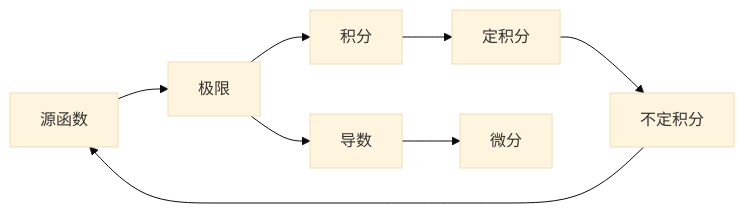
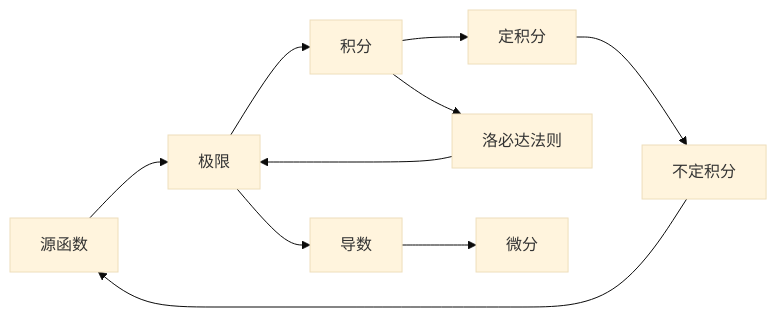
Before and after one commit to huanCode/study: the diagram in 数学/微积分/微积分.md, drawn with Mermaid (base theme). The commit also changed other lines of this file and 26 other files, not shown here.

````diff
--- a/数学/微积分/微积分.md
+++ b/数学/微积分/微积分.md
@@ -8,10 +16,13 @@
 ```mermaid
 graph LR
   源函数 --> 极限
   极限 --> 导数;
   极限 --> 积分;
   积分 --> 定积分;
+  积分 --> 洛必达法则;
+  洛必达法则 --> 极限;
+
   定积分 --> 不定积分;
   不定积分 --> 源函数;
   导数 --> 微分;
 ```
````
